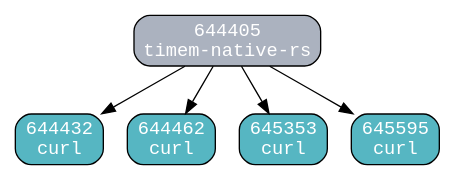
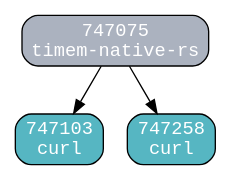
One commit to Claud-Ling/agent-sight changed the diagram in research/timemai-process-model/output/process_tree_T5c-architecture.dot. Above: the diagram before and after it, drawn with Graphviz. The commit also changed 33 other files, not shown here.

```diff
--- a/research/timemai-process-model/output/process_tree_T5c-architecture.dot
+++ b/research/timemai-process-model/output/process_tree_T5c-architecture.dot
@@ -1,14 +1,10 @@
 digraph process_tree {
   rankdir=TB;
   node [shape=box, style=rounded, fontname=monospace];
   edge [fontname=monospace, fontsize=10];
-  644405 [label="644405\ntimem-native-rs" fillcolor="#ABB2BF" style="filled,rounded" fontcolor="white"];
-  644432 [label="644432\ncurl" fillcolor="#56B6C2" style="filled,rounded" fontcolor="white"];
-  644405 -> 644432;
-  644462 [label="644462\ncurl" fillcolor="#56B6C2" style="filled,rounded" fontcolor="white"];
-  644405 -> 644462;
-  645353 [label="645353\ncurl" fillcolor="#56B6C2" style="filled,rounded" fontcolor="white"];
-  644405 -> 645353;
-  645595 [label="645595\ncurl" fillcolor="#56B6C2" style="filled,rounded" fontcolor="white"];
-  644405 -> 645595;
+  747075 [label="747075\ntimem-native-rs" fillcolor="#ABB2BF" style="filled,rounded" fontcolor="white"];
+  747103 [label="747103\ncurl" fillcolor="#56B6C2" style="filled,rounded" fontcolor="white"];
+  747075 -> 747103;
+  747258 [label="747258\ncurl" fillcolor="#56B6C2" style="filled,rounded" fontcolor="white"];
+  747075 -> 747258;
 }
```
